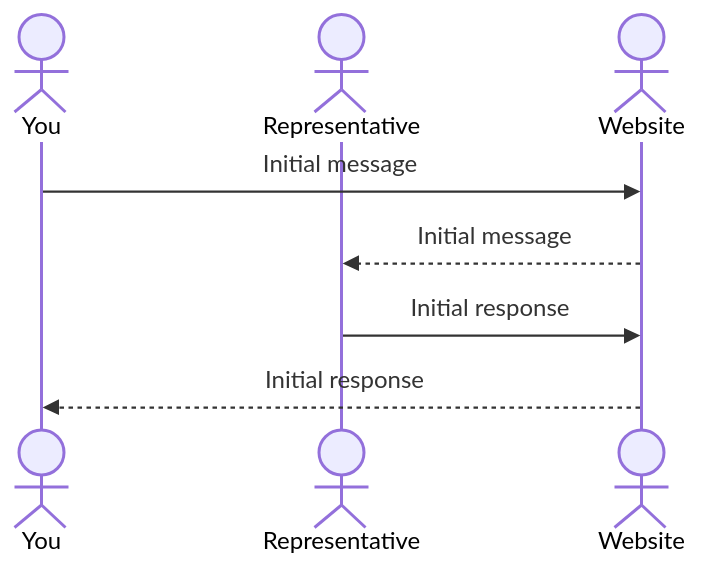
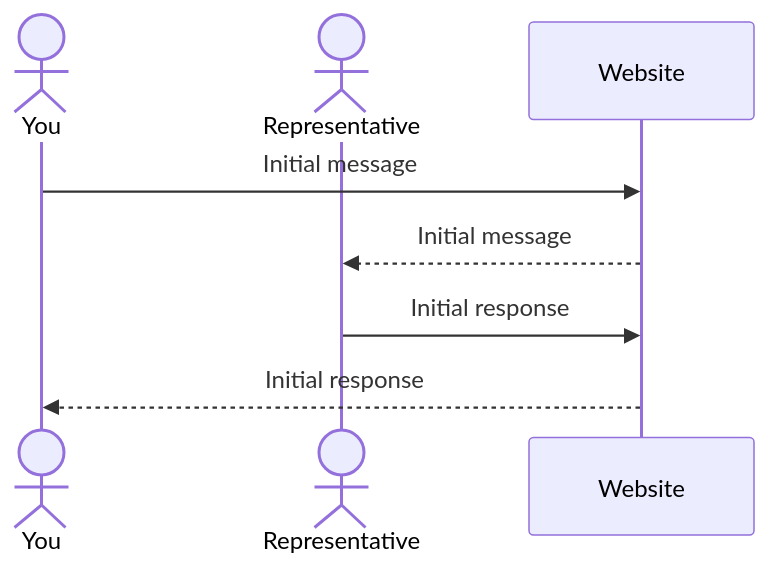
Before and after one commit to MrCael/startup: the diagram in README.md, drawn with Mermaid.

Commit message:
Removed the actor title from 'Website' in the sequence diagram

````diff
--- a/README.md
+++ b/README.md
@@ -39,10 +39,9 @@
 ```mermaid
 sequenceDiagram
     actor You
     actor Representative
-    actor Website
     You->>Website: Initial message
     Website-->>Representative: Initial message
     Representative->>Website: Initial response
     Website-->>You: Initial response
 ```
````
